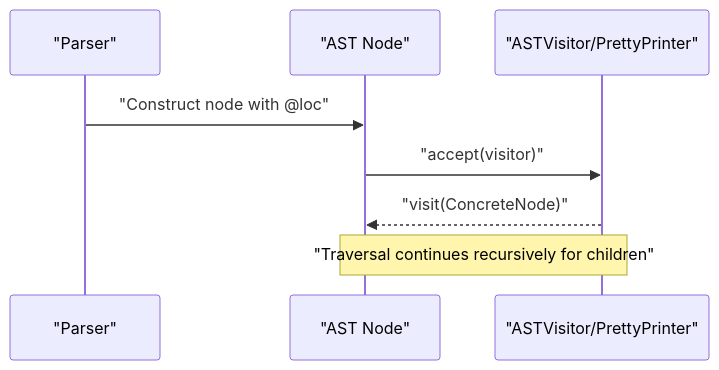
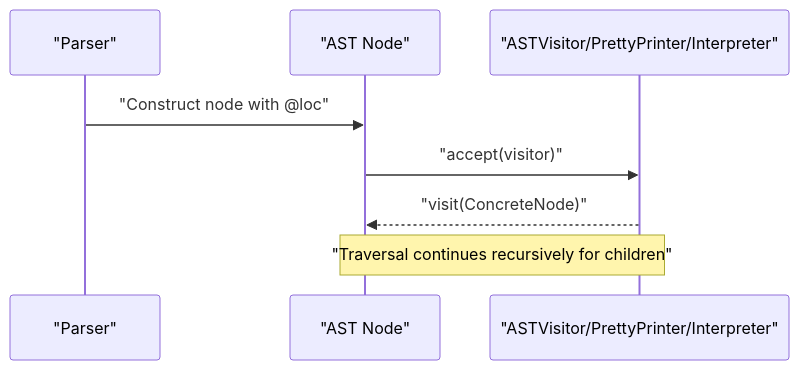
One commit to littlebirds/modern_bision changed the fourth of 4 diagrams in .qoder/repowiki/en/content/AST Framework/AST Framework.md. Above: the diagram before and after it, drawn with Mermaid. The commit also changed other lines of this file and 6 other files, not shown here.

````diff
--- a/.qoder/repowiki/en/content/AST Framework/AST Framework.md
+++ b/.qoder/repowiki/en/content/AST Framework/AST Framework.md
@@ -476,10 +548,10 @@
 ```mermaid
 sequenceDiagram
 participant P as "Parser"
 participant N as "AST Node"
-participant V as "ASTVisitor/PrettyPrinter"
+participant V as "ASTVisitor/PrettyPrinter/Interpreter"
 P->>N : "Construct node with @loc"
 N->>V : "accept(visitor)"
 V-->>N : "visit(ConcreteNode)"
 Note over N,V : "Traversal continues recursively for children"
 ```
````
